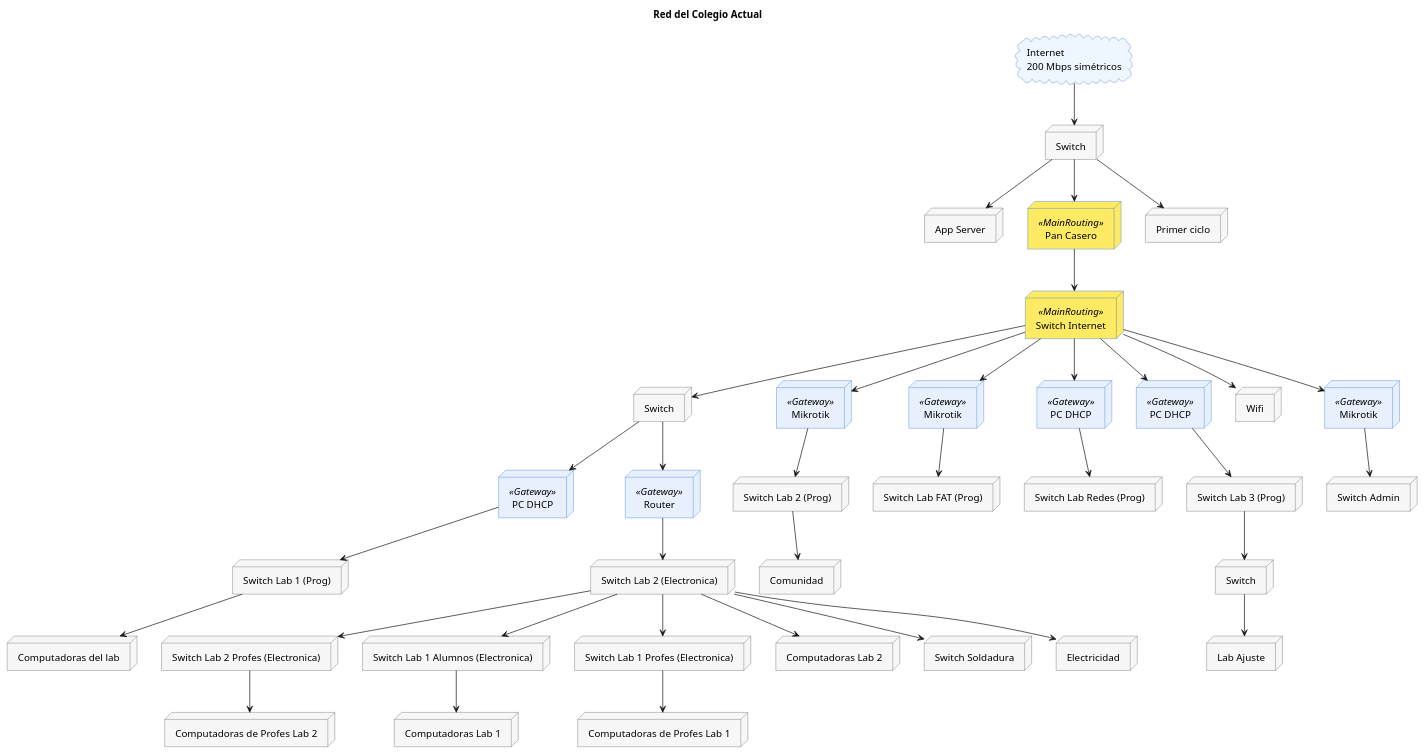
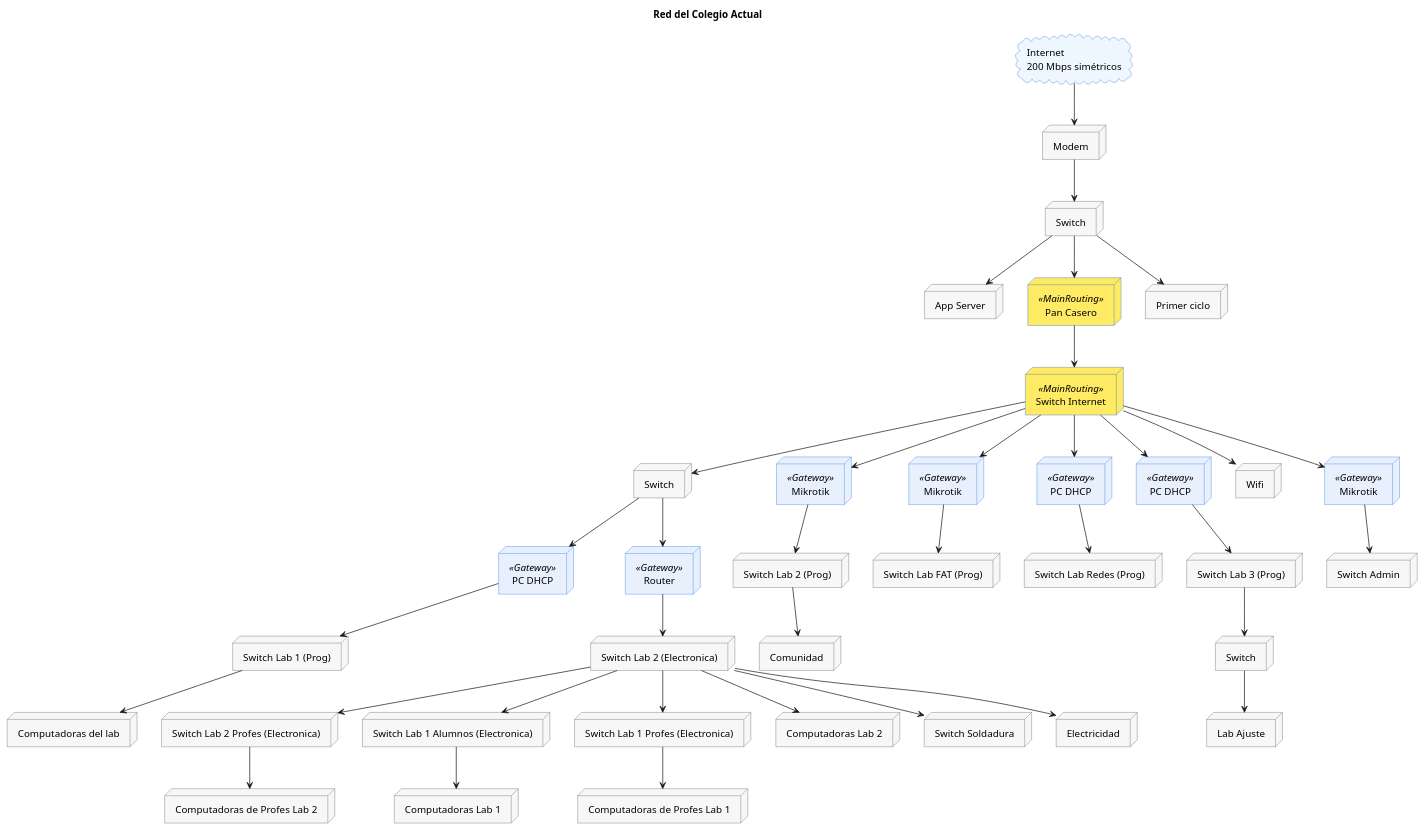
Before and after one commit to MateMar04/Red-ITSV: the diagram in PresentacionDeProyecto/Diagramas/red.wsd, drawn with PlantUML. The commit also changed 1 other file, not shown here.

```diff
--- a/PresentacionDeProyecto/Diagramas/red.wsd
+++ b/PresentacionDeProyecto/Diagramas/red.wsd
@@ -1,145 +1,148 @@
 @startuml
 skinparam backgroundColor #ffffff
 skinparam shadowing false
 
 
 skinparam node {
   BackgroundColor #f7f7f7
   BorderColor #555555
 }
 skinparam cloud {
   BackgroundColor #eef6ff
   BorderColor #356ac3
 }
 skinparam rectangle {
   BackgroundColor #fefefe
   BorderColor #888
 }
 
 skinparam node<<Gateway>> {
   BackgroundColor #e8f0fe
   BorderColor #1a73e8
 }
 
 skinparam node<<MainRouting>> {
   BackgroundColor #ffdd009b
   BorderColor #1967d2
 }
 
 title Red del Colegio Actual
 
 cloud "Internet\n200 Mbps simétricos" as inet
+
+node "Modem" as modem
 
 node "Switch" as sw
 
 node "App Server" as app_srv
 
 node "Switch Internet" as sw_inet <<MainRouting>>
 
 node "Pan Casero" as pan_casero <<MainRouting>>
 
 node "Primer ciclo" as primer_ciclo
 
 node "Switch" as sw_lab1_prog
 
 node "Switch Lab 1 (Prog)" as lab1_prog
 
 node "PC DHCP" as pc_dhcp_lab_1 <<Gateway>>
 
 node "Computadoras del lab" as comp_lab_1
 
 node "Router" as router_lab2_electronica <<Gateway>>
 
 node "Switch Lab 2 (Electronica)" as lab2_electronica
 
 node "Switch Lab 2 Profes (Electronica)" as lab2_electronica_profes
 
 node "Switch Lab 1 Alumnos (Electronica)" as lab1_electronica_alumnos
 
 node "Switch Lab 1 Profes (Electronica)" as lab1_electronica_profes
 
 node "Computadoras Lab 2" as comp_lab_2_electronica
 
 node "Computadoras Lab 1" as comp_lab_1_electronica
 
 node "Computadoras de Profes Lab 1" as comp_lab_1_electronica_profes
 
 node "Computadoras de Profes Lab 2" as comp_lab_2_electronica_profes
 
 node "Switch Lab 2 (Prog)" as lab2_prog
 
 node "Switch Lab FAT (Prog)" as lab_fat_prog
 
 node "Switch Lab Redes (Prog)" as lab_redes_prog
 
 node "Mikrotik" as mt_lab2_prog <<Gateway>>
 
 node "Mikrotik" as mt_fat_prog  <<Gateway>>
 
 node "PC DHCP" as pc_dhcp_lab_redes <<Gateway>>
 
 node "Switch Soldadura" as sw_soldadura
 
 node "Electricidad" as electricidad
 
 node "Switch Lab 3 (Prog)" as lab3_prog
 
 node "Lab Ajuste" as lab_ajuste
 
 node "Switch" as sw_taller
 
 node "PC DHCP" as pc_dhcp_lab_3 <<Gateway>>
 
 node "Switch Admin" as sw_admin
 
 node "Wifi" as wifi
 
 node "Comunidad" as comunidad
 
 node "Mikrotik" as mt_admin <<Gateway>>
 
-inet -d-> sw
+inet -d-> modem
+modem -d-> sw
 sw -d-> app_srv
 sw -d-> pan_casero
 sw -d-> primer_ciclo
 
 pan_casero -d-> sw_inet
 
 sw_inet -d-> sw_lab1_prog
 sw_inet -d-> mt_lab2_prog
 sw_inet -d-> mt_fat_prog
 sw_inet -d-> pc_dhcp_lab_3
 sw_inet -d-> mt_admin
 sw_inet -d-> pc_dhcp_lab_redes
 sw_inet -d-> wifi
 
 sw_lab1_prog -d-> router_lab2_electronica
 sw_lab1_prog -d-> pc_dhcp_lab_1
 pc_dhcp_lab_1 -d-> lab1_prog
 lab1_prog -d-> comp_lab_1
 
 lab2_electronica -d-> lab1_electronica_alumnos
 lab2_electronica -d-> lab1_electronica_profes
 lab2_electronica -d-> lab2_electronica_profes
 lab2_electronica -d-> comp_lab_2_electronica
 lab1_electronica_alumnos -d-> comp_lab_1_electronica
 lab1_electronica_profes -d-> comp_lab_1_electronica_profes
 lab2_electronica_profes -d-> comp_lab_2_electronica_profes
 lab2_electronica -d-> sw_soldadura
 lab2_electronica -d-> electricidad
 router_lab2_electronica -d-> lab2_electronica
 
 mt_fat_prog -d-> lab_fat_prog
 
 mt_lab2_prog -d-> lab2_prog
 lab2_prog -d-> comunidad
 
 pc_dhcp_lab_redes -d-> lab_redes_prog
 
 pc_dhcp_lab_3 -d-> lab3_prog
 lab3_prog -d-> sw_taller
 
 sw_taller -d-> lab_ajuste
 
 mt_admin -d-> sw_admin
 @enduml
```
